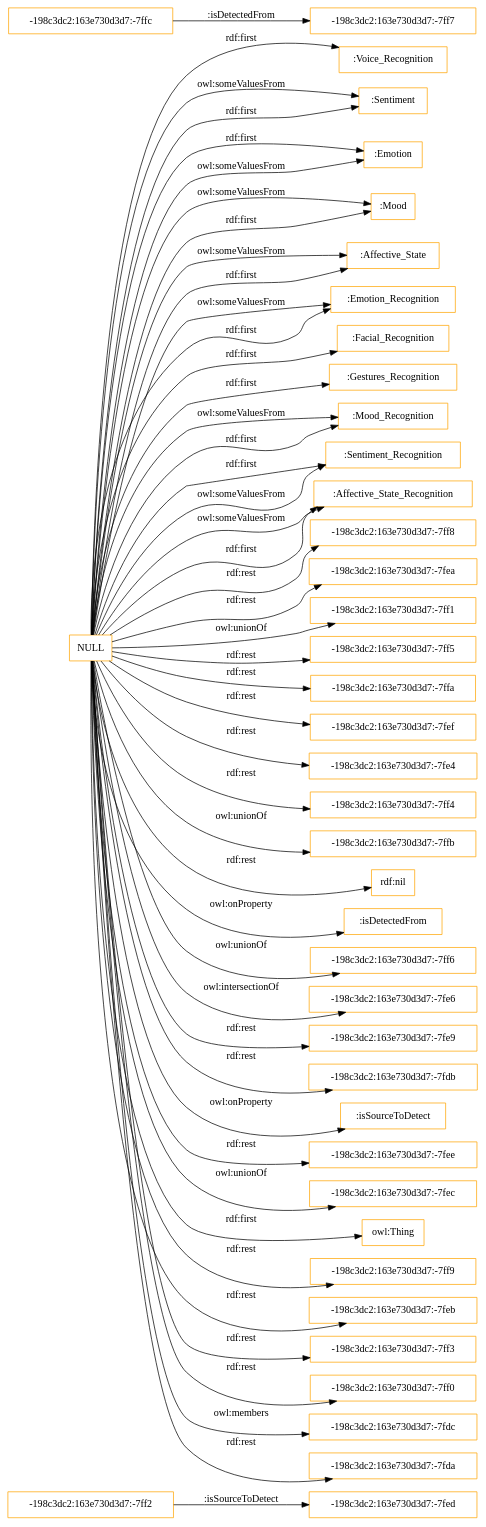
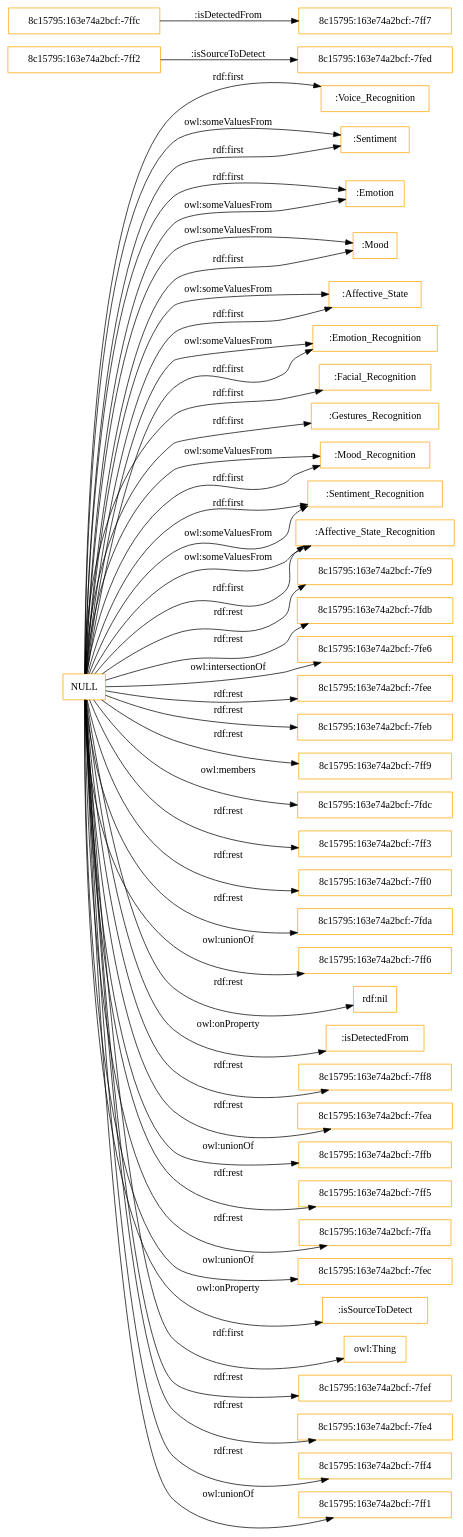
The diagram in OnToology/Affective_States_Recognition_Module.owl/diagrams/ar2dtool-class/Affective_States_Recognition_Module.owl.png.dot (rana-othman/HASIO-Modularization), drawn with Graphviz before and after one commit. The commit also changed 9 other files, not shown here.

```diff
--- a/OnToology/Affective_States_Recognition_Module.owl/diagrams/ar2dtool-class/Affective_States_Recognition_Module.owl.png.dot
+++ b/OnToology/Affective_States_Recognition_Module.owl/diagrams/ar2dtool-class/Affective_States_Recognition_Module.owl.png.dot
@@ -1,52 +1,52 @@
 digraph ar2dtool_diagram { 
 rankdir=LR;
 size="1501"
-node [shape = rectangle, color="orange"]; "-198c3dc2:163e730d3d7:-7ff2" ":Voice_Recognition" ":Sentiment" ":Emotion" ":Mood" ":Affective_State" ":Emotion_Recognition" ":Facial_Recognition" "-198c3dc2:163e730d3d7:-7ffc" ":Gestures_Recognition" ":Mood_Recognition" ":Sentiment_Recognition" "-198c3dc2:163e730d3d7:-7ff7" "-198c3dc2:163e730d3d7:-7fed" ":Affective_State_Recognition" ; /*classes style*/
-	"NULL" -> "-198c3dc2:163e730d3d7:-7ff8" [ label = "rdf:rest" ];
-	"NULL" -> "-198c3dc2:163e730d3d7:-7fea" [ label = "rdf:rest" ];
+node [shape = rectangle, color="orange"]; ":Voice_Recognition" ":Sentiment" "8c15795:163e74a2bcf:-7ff2" ":Emotion" ":Mood" ":Affective_State" "8c15795:163e74a2bcf:-7fed" ":Emotion_Recognition" ":Facial_Recognition" ":Gestures_Recognition" ":Mood_Recognition" ":Sentiment_Recognition" "8c15795:163e74a2bcf:-7ff7" ":Affective_State_Recognition" "8c15795:163e74a2bcf:-7ffc" ; /*classes style*/
 	"NULL" -> ":Sentiment_Recognition" [ label = "rdf:first" ];
-	"NULL" -> "-198c3dc2:163e730d3d7:-7ff1" [ label = "owl:unionOf" ];
-	"NULL" -> "-198c3dc2:163e730d3d7:-7ff5" [ label = "rdf:rest" ];
-	"NULL" -> "-198c3dc2:163e730d3d7:-7ffa" [ label = "rdf:rest" ];
+	"NULL" -> "8c15795:163e74a2bcf:-7fe9" [ label = "rdf:rest" ];
+	"NULL" -> "8c15795:163e74a2bcf:-7fdb" [ label = "rdf:rest" ];
+	"NULL" -> "8c15795:163e74a2bcf:-7fe6" [ label = "owl:intersectionOf" ];
+	"NULL" -> "8c15795:163e74a2bcf:-7fee" [ label = "rdf:rest" ];
+	"NULL" -> "8c15795:163e74a2bcf:-7feb" [ label = "rdf:rest" ];
+	"NULL" -> "8c15795:163e74a2bcf:-7ff9" [ label = "rdf:rest" ];
 	"NULL" -> ":Voice_Recognition" [ label = "rdf:first" ];
 	"NULL" -> ":Mood_Recognition" [ label = "owl:someValuesFrom" ];
+	"NULL" -> "8c15795:163e74a2bcf:-7fdc" [ label = "owl:members" ];
 	"NULL" -> ":Emotion_Recognition" [ label = "owl:someValuesFrom" ];
-	"NULL" -> "-198c3dc2:163e730d3d7:-7fef" [ label = "rdf:rest" ];
+	"NULL" -> "8c15795:163e74a2bcf:-7ff3" [ label = "rdf:rest" ];
+	"NULL" -> "8c15795:163e74a2bcf:-7ff0" [ label = "rdf:rest" ];
 	"NULL" -> ":Emotion_Recognition" [ label = "rdf:first" ];
-	"NULL" -> "-198c3dc2:163e730d3d7:-7fe4" [ label = "rdf:rest" ];
+	"NULL" -> "8c15795:163e74a2bcf:-7fda" [ label = "rdf:rest" ];
 	"NULL" -> ":Facial_Recognition" [ label = "rdf:first" ];
-	"NULL" -> "-198c3dc2:163e730d3d7:-7ff4" [ label = "rdf:rest" ];
-	"NULL" -> "-198c3dc2:163e730d3d7:-7ffb" [ label = "owl:unionOf" ];
+	"NULL" -> "8c15795:163e74a2bcf:-7ff6" [ label = "owl:unionOf" ];
 	"NULL" -> "rdf:nil" [ label = "rdf:rest" ];
 	"NULL" -> ":isDetectedFrom" [ label = "owl:onProperty" ];
-	"NULL" -> "-198c3dc2:163e730d3d7:-7ff6" [ label = "owl:unionOf" ];
+	"NULL" -> "8c15795:163e74a2bcf:-7ff8" [ label = "rdf:rest" ];
+	"NULL" -> "8c15795:163e74a2bcf:-7fea" [ label = "rdf:rest" ];
+	"NULL" -> "8c15795:163e74a2bcf:-7ffb" [ label = "owl:unionOf" ];
 	"NULL" -> ":Mood" [ label = "owl:someValuesFrom" ];
-	"NULL" -> "-198c3dc2:163e730d3d7:-7fe6" [ label = "owl:intersectionOf" ];
+	"NULL" -> "8c15795:163e74a2bcf:-7ff5" [ label = "rdf:rest" ];
 	"NULL" -> ":Emotion" [ label = "rdf:first" ];
-	"NULL" -> "-198c3dc2:163e730d3d7:-7fe9" [ label = "rdf:rest" ];
 	"NULL" -> ":Sentiment" [ label = "owl:someValuesFrom" ];
-	"NULL" -> "-198c3dc2:163e730d3d7:-7fdb" [ label = "rdf:rest" ];
+	"NULL" -> "8c15795:163e74a2bcf:-7ffa" [ label = "rdf:rest" ];
+	"NULL" -> "8c15795:163e74a2bcf:-7fec" [ label = "owl:unionOf" ];
 	"NULL" -> ":isSourceToDetect" [ label = "owl:onProperty" ];
-	"NULL" -> "-198c3dc2:163e730d3d7:-7fee" [ label = "rdf:rest" ];
-	"NULL" -> "-198c3dc2:163e730d3d7:-7fec" [ label = "owl:unionOf" ];
 	"NULL" -> "owl:Thing" [ label = "rdf:first" ];
 	"NULL" -> ":Emotion" [ label = "owl:someValuesFrom" ];
-	"NULL" -> "-198c3dc2:163e730d3d7:-7ff9" [ label = "rdf:rest" ];
-	"NULL" -> "-198c3dc2:163e730d3d7:-7feb" [ label = "rdf:rest" ];
 	"NULL" -> ":Affective_State_Recognition" [ label = "owl:someValuesFrom" ];
 	"NULL" -> ":Affective_State" [ label = "owl:someValuesFrom" ];
 	"NULL" -> ":Mood_Recognition" [ label = "rdf:first" ];
+	"NULL" -> "8c15795:163e74a2bcf:-7fef" [ label = "rdf:rest" ];
 	"NULL" -> ":Gestures_Recognition" [ label = "rdf:first" ];
-	"NULL" -> "-198c3dc2:163e730d3d7:-7ff3" [ label = "rdf:rest" ];
 	"NULL" -> ":Sentiment_Recognition" [ label = "owl:someValuesFrom" ];
+	"NULL" -> "8c15795:163e74a2bcf:-7fe4" [ label = "rdf:rest" ];
 	"NULL" -> ":Mood" [ label = "rdf:first" ];
 	"NULL" -> ":Affective_State_Recognition" [ label = "rdf:first" ];
-	"NULL" -> "-198c3dc2:163e730d3d7:-7ff0" [ label = "rdf:rest" ];
 	"NULL" -> ":Affective_State" [ label = "rdf:first" ];
+	"NULL" -> "8c15795:163e74a2bcf:-7ff4" [ label = "rdf:rest" ];
 	"NULL" -> ":Sentiment" [ label = "rdf:first" ];
-	"NULL" -> "-198c3dc2:163e730d3d7:-7fdc" [ label = "owl:members" ];
-	"NULL" -> "-198c3dc2:163e730d3d7:-7fda" [ label = "rdf:rest" ];
-	"-198c3dc2:163e730d3d7:-7ffc" -> "-198c3dc2:163e730d3d7:-7ff7" [ label = ":isDetectedFrom" ];
-	"-198c3dc2:163e730d3d7:-7ff2" -> "-198c3dc2:163e730d3d7:-7fed" [ label = ":isSourceToDetect" ];
+	"NULL" -> "8c15795:163e74a2bcf:-7ff1" [ label = "owl:unionOf" ];
+	"8c15795:163e74a2bcf:-7ffc" -> "8c15795:163e74a2bcf:-7ff7" [ label = ":isDetectedFrom" ];
+	"8c15795:163e74a2bcf:-7ff2" -> "8c15795:163e74a2bcf:-7fed" [ label = ":isSourceToDetect" ];
 
 }
```
